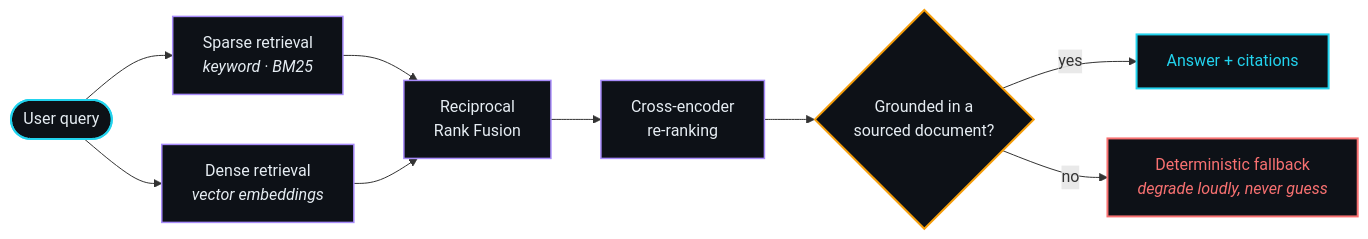
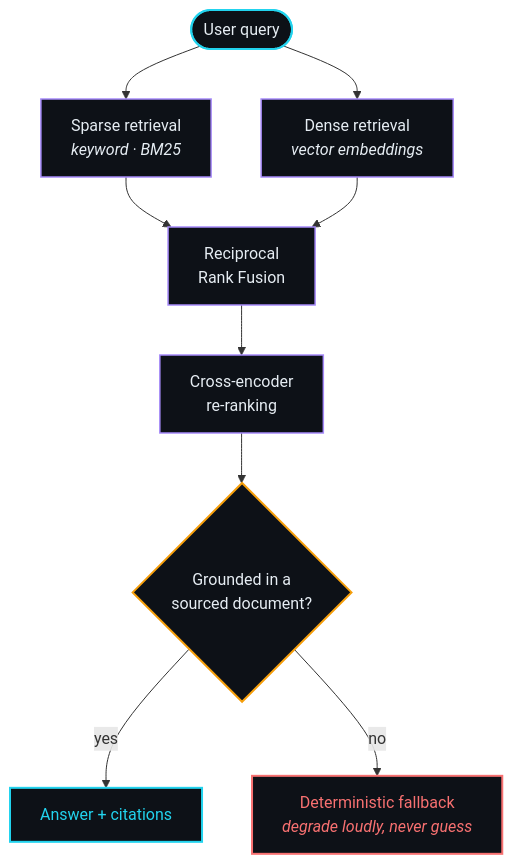
The diagram in README.md (Ags-Ghafoor601/Ags-Ghafoor601), drawn with Mermaid before and after one commit. The commit also changed other lines of this file and 10 other files, not shown here.

````diff
--- a/README.md
+++ b/README.md
@@ -237,26 +240,26 @@
 ```mermaid
-flowchart LR
+flowchart TD
     Q(["User query"]) --> SP["Sparse retrieval<br/><i>keyword · BM25</i>"]
     Q --> DN["Dense retrieval<br/><i>vector embeddings</i>"]
 
     SP --> RRF["Reciprocal<br/>Rank Fusion"]
     DN --> RRF
 
     RRF --> CE["Cross-encoder<br/>re-ranking"]
     CE --> GATE{"Grounded in a<br/>sourced document?"}
 
     GATE -- yes --> ANS["Answer + citations"]
     GATE -- no --> FB["Deterministic fallback<br/><i>degrade loudly, never guess</i>"]
 
     classDef q  fill:#0D1117,stroke:#22D3EE,stroke-width:2px,color:#E6EDF3
     classDef r  fill:#0D1117,stroke:#A78BFA,stroke-width:1.5px,color:#E6EDF3
     classDef g  fill:#0D1117,stroke:#F59E0B,stroke-width:2px,color:#E6EDF3
     classDef ok fill:#0D1117,stroke:#22D3EE,stroke-width:2px,color:#22D3EE
     classDef no fill:#0D1117,stroke:#F87171,stroke-width:2px,color:#F87171
 
     class Q q
     class SP,DN,RRF,CE r
     class GATE g
     class ANS ok
     class FB no
 ```
````
